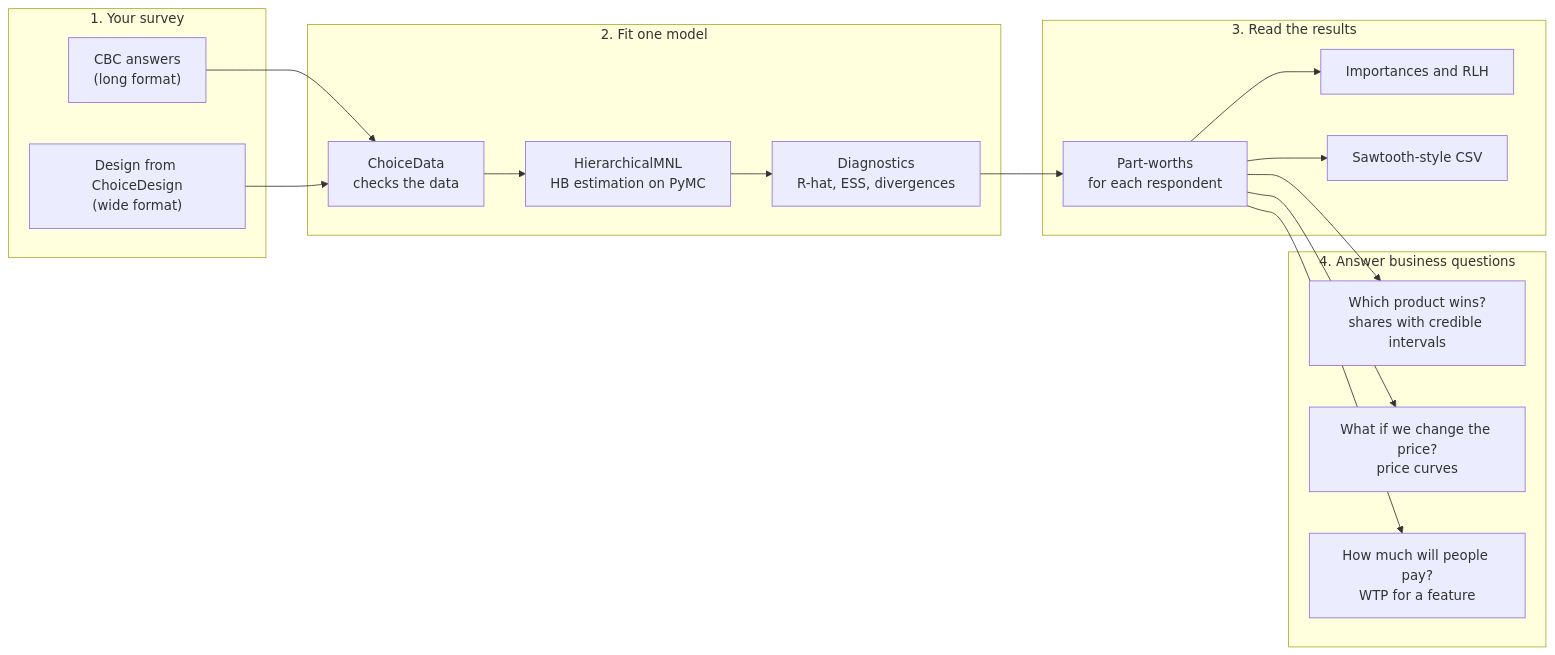
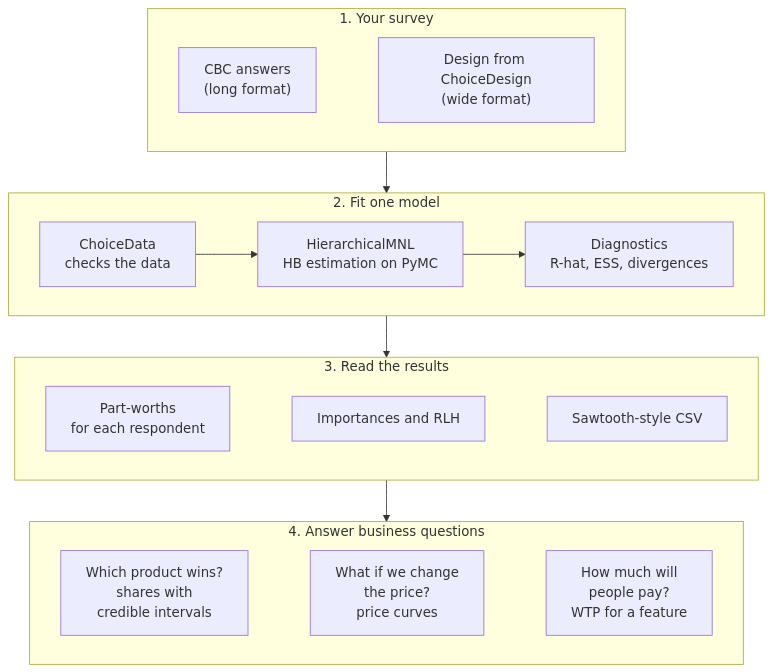
One commit to kojikojikojikoji/partworth changed the diagram in README.md. Above: the diagram before and after it, drawn with Mermaid.

Commit message:
README: lay out the diagram top to bottom

````diff
--- a/README.md
+++ b/README.md
@@ -14,30 +14,28 @@
 ```mermaid
-flowchart LR
+flowchart TB
     subgraph S1["1. Your survey"]
+        direction LR
         A["CBC answers<br/>(long format)"]
         B["Design from ChoiceDesign<br/>(wide format)"]
+        A ~~~ B
     end
     subgraph S2["2. Fit one model"]
-        C["ChoiceData<br/>checks the data"]
-        D["HierarchicalMNL<br/>HB estimation on PyMC"]
-        E["Diagnostics<br/>R-hat, ESS, divergences"]
+        direction LR
+        C["ChoiceData<br/>checks the data"] --> D["HierarchicalMNL<br/>HB estimation on PyMC"] --> E["Diagnostics<br/>R-hat, ESS, divergences"]
     end
     subgraph S3["3. Read the results"]
+        direction LR
         F["Part-worths<br/>for each respondent"]
         G["Importances and RLH"]
         H["Sawtooth-style CSV"]
+        F ~~~ G ~~~ H
     end
     subgraph S4["4. Answer business questions"]
-        I["Which product wins?<br/>shares with credible intervals"]
-        J["What if we change the price?<br/>price curves"]
-        K["How much will people pay?<br/>WTP for a feature"]
+        direction LR
+        I["Which product wins?<br/>shares with<br/>credible intervals"]
+        J["What if we change<br/>the price?<br/>price curves"]
+        K["How much will<br/>people pay?<br/>WTP for a feature"]
+        I ~~~ J ~~~ K
     end
-    A --> C
-    B --> C
-    C --> D --> E --> F
-    F --> G
-    F --> H
-    F --> I
-    F --> J
-    F --> K
+    S1 --> S2 --> S3 --> S4
 ```
````
